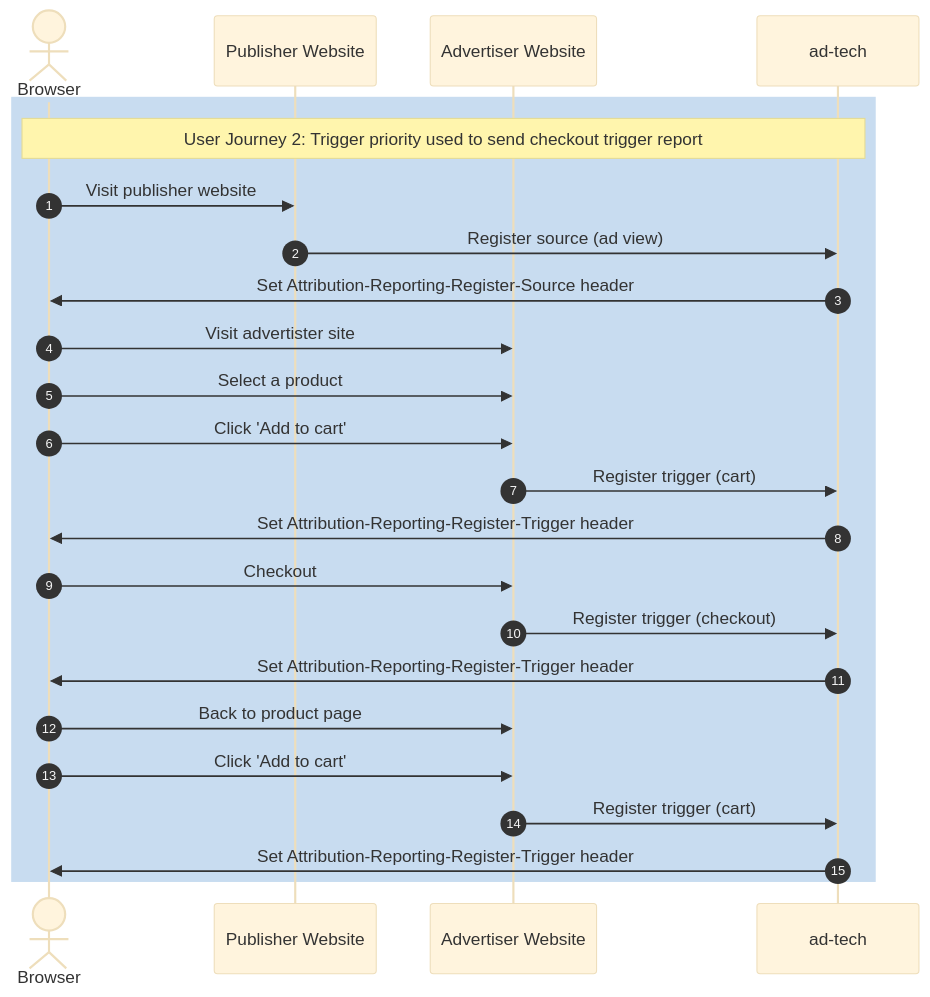
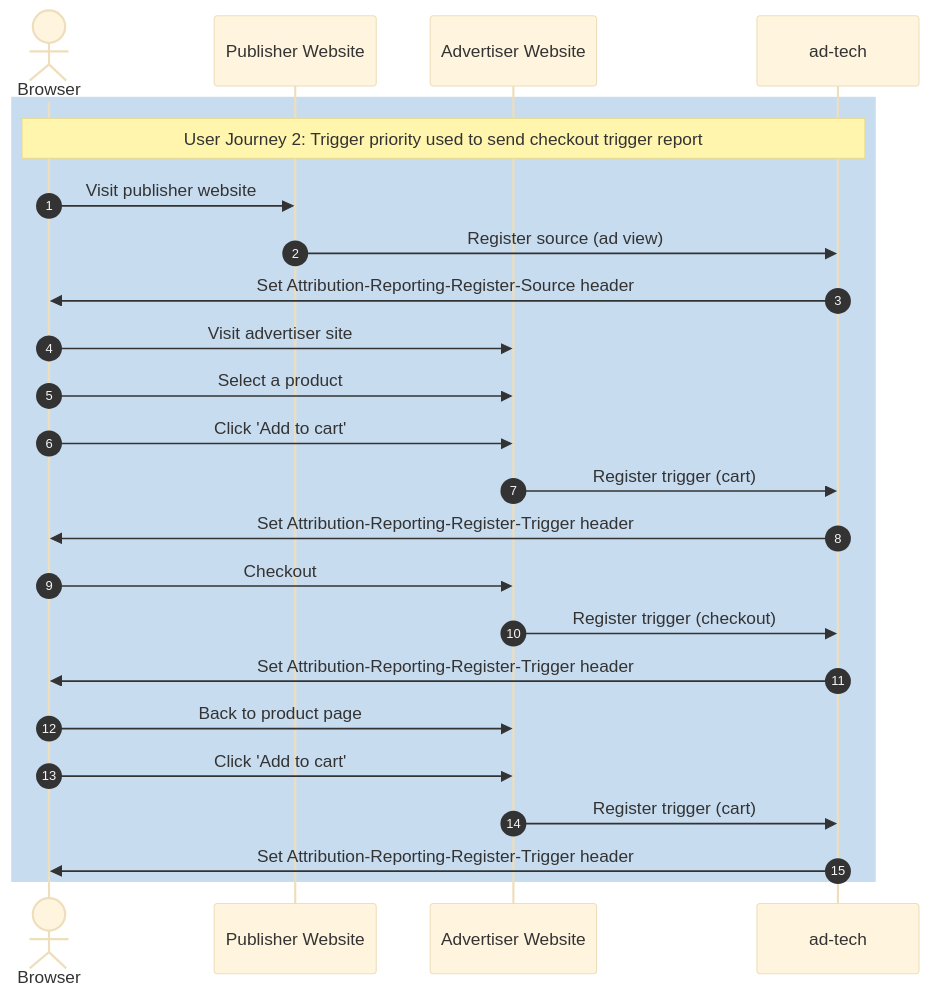
The second of 2 diagrams in services/home/docs/demos/prioritizing-sources-and-triggers-in-attribution-reporting.md (privacysandbox/privacy-sandbox-demos), drawn with Mermaid (base theme) before and after one commit.

````diff
--- a/services/home/docs/demos/prioritizing-sources-and-triggers-in-attribution-reporting.md
+++ b/services/home/docs/demos/prioritizing-sources-and-triggers-in-attribution-reporting.md
@@ -136,28 +136,28 @@
 ```mermaid
 sequenceDiagram
     autonumber
     actor B as Browser
     participant Publisher as Publisher Website
     participant Advertiser as Advertiser Website
     participant ad-tech as ad-tech
 
     rect rgb(200, 220, 240)
     Note over B,ad-tech: User Journey 2: Trigger priority used to send checkout trigger report
     B->>Publisher: Visit publisher website
     Publisher->>ad-tech: Register source (ad view)
     ad-tech->>B: Set Attribution-Reporting-Register-Source header
 
-    B->>Advertiser: Visit advertister site
+    B->>Advertiser: Visit advertiser site
     B->>Advertiser: Select a product
     B->>Advertiser: Click 'Add to cart'
     Advertiser->>ad-tech: Register trigger (cart)
     ad-tech->>B: Set Attribution-Reporting-Register-Trigger header
     B->>Advertiser: Checkout
     Advertiser->>ad-tech: Register trigger (checkout)
     ad-tech->>B: Set Attribution-Reporting-Register-Trigger header
     B->>Advertiser: Back to product page
     B->>Advertiser: Click 'Add to cart'
     Advertiser->>ad-tech: Register trigger (cart)
     ad-tech->>B: Set Attribution-Reporting-Register-Trigger header
     end
 ```
````
